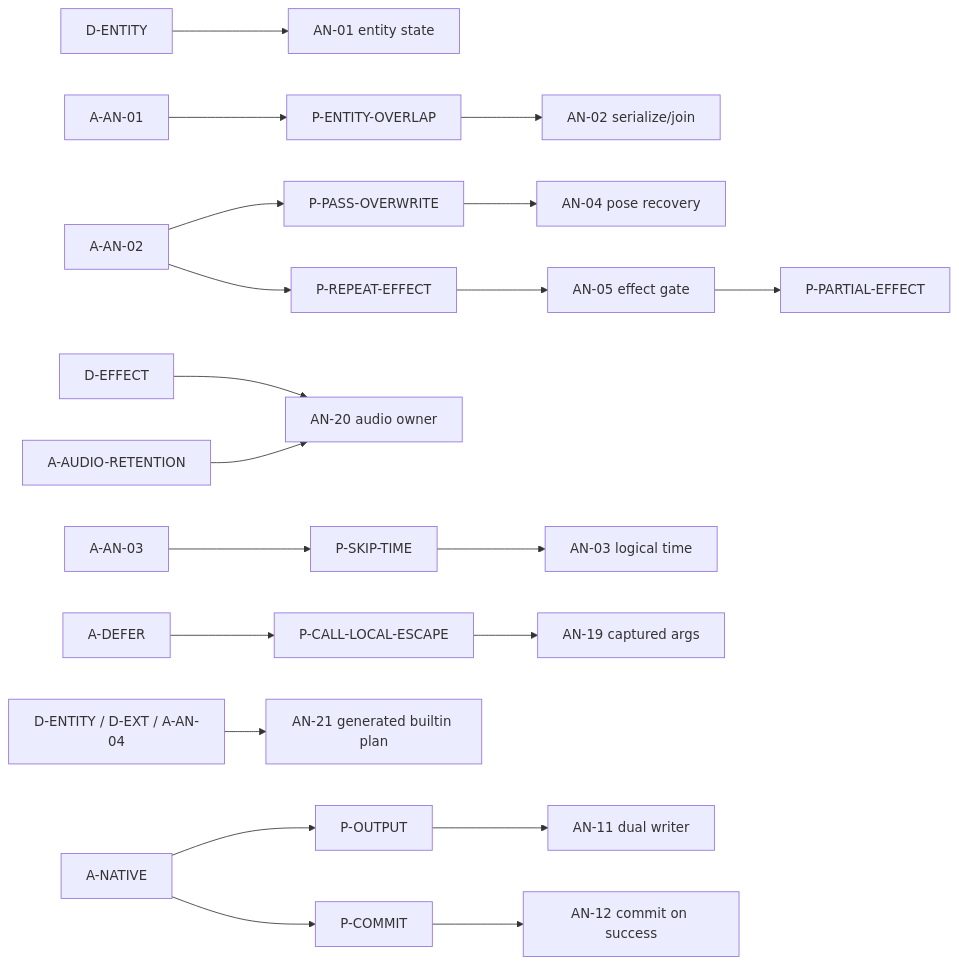
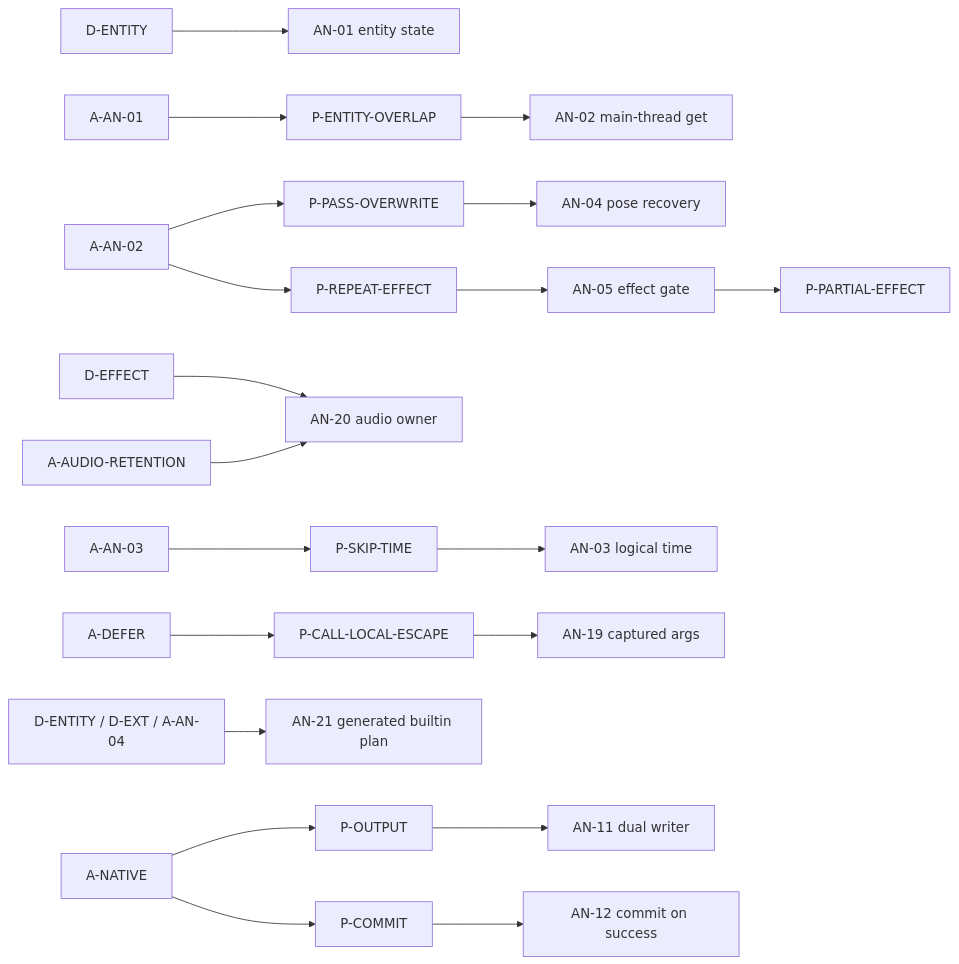
Before and after one commit to YesSteveModel/YesSteveModel: the diagram in docs/complexity-map/java-animation-and-integration/causal-graph.md, drawn with Mermaid. The commit also changed other lines of this file and 80 other files, not shown here.

````diff
--- a/docs/complexity-map/java-animation-and-integration/causal-graph.md
+++ b/docs/complexity-map/java-animation-and-integration/causal-graph.md
@@ -7,15 +7,15 @@
 ```mermaid
 flowchart LR
     ENTITY["D-ENTITY"] --> AN01["AN-01 entity state"]
-    ASYNC["A-AN-01"] --> OVERLAP["P-ENTITY-OVERLAP"] --> AN02["AN-02 serialize/join"]
+    ASYNC["A-AN-01"] --> OVERLAP["P-ENTITY-OVERLAP"] --> AN02["AN-02 main-thread get"]
     MULTIPASS["A-AN-02"] --> PASS["P-PASS-OVERWRITE"] --> AN04["AN-04 pose recovery"]
     MULTIPASS --> EFFECT["P-REPEAT-EFFECT"] --> AN05["AN-05 effect gate"]
     DEFFECT["D-EFFECT"] --> AN20["AN-20 audio owner"]
     AUDIO["A-AUDIO-RETENTION"] --> AN20
     AN05 --> PARTIAL["P-PARTIAL-EFFECT"]
     LIMIT["A-AN-03"] --> TIME["P-SKIP-TIME"] --> AN03["AN-03 logical time"]
     DEFER["A-DEFER"] --> ESCAPE["P-CALL-LOCAL-ESCAPE"] --> AN19["AN-19 captured args"]
     BUILTIN["D-ENTITY / D-EXT / A-AN-04"] --> AN21["AN-21 generated builtin plan"]
     NATIVE["A-NATIVE"] --> OUTPUT["P-OUTPUT"] --> AN11["AN-11 dual writer"]
     NATIVE --> COMMIT["P-COMMIT"] --> AN12["AN-12 commit on success"]
 ```
````
